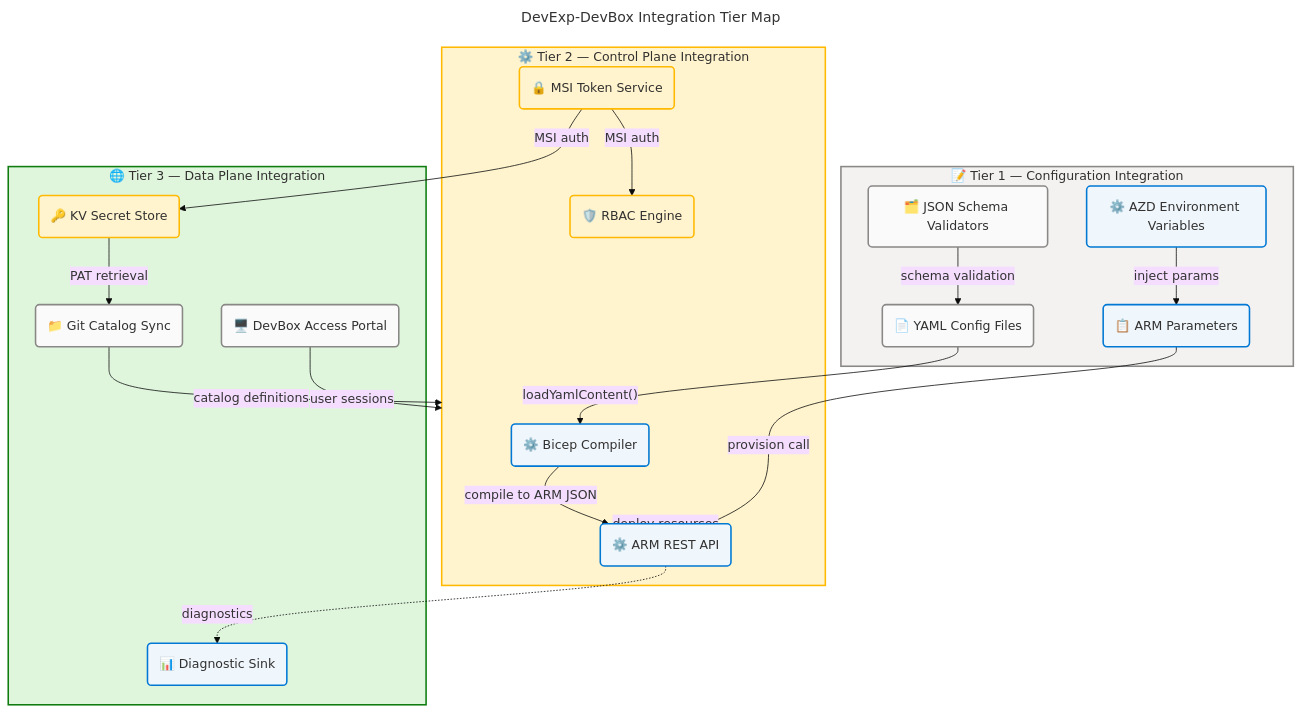
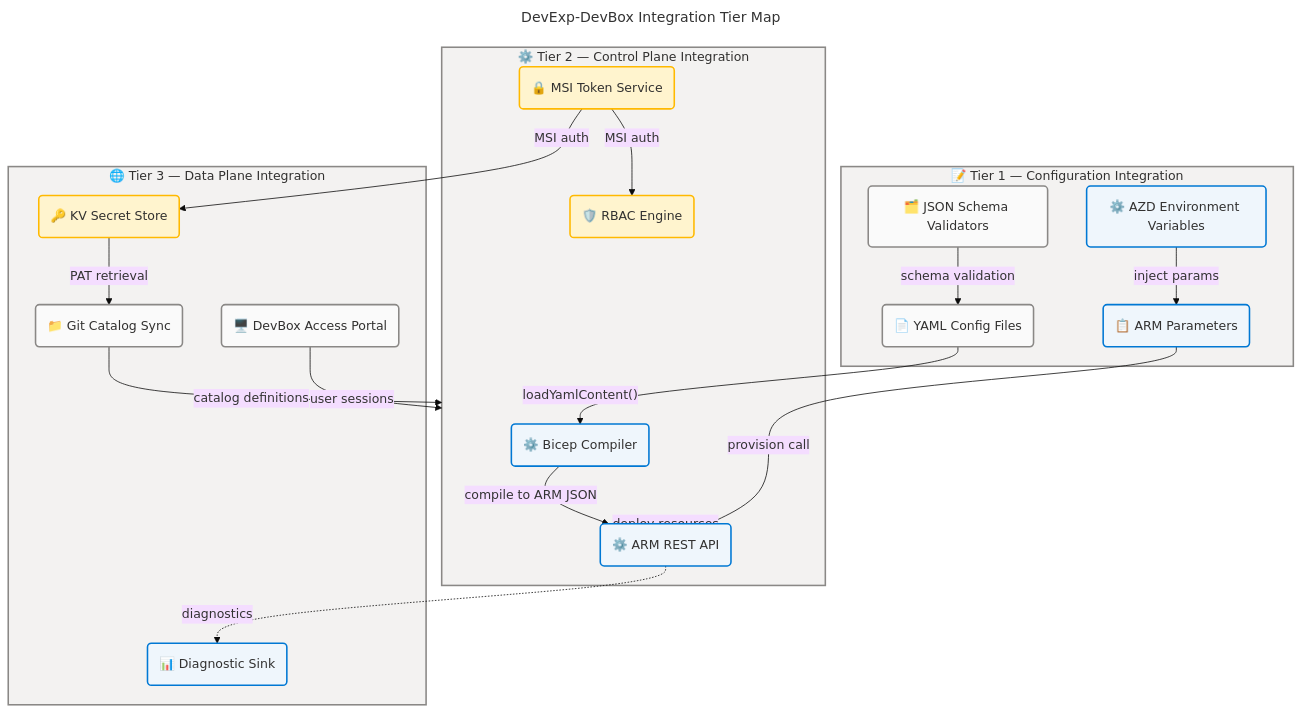
The third of 7 diagrams in docs/architecture/application-architecture.md (Evilazaro/DevExp-DevBox), drawn with Mermaid before and after one commit. The commit also changed other lines of this file, not shown here.

Commit message:
refactor: Update diagram styles for improved visual consistency across application architecture

````diff
--- a/docs/architecture/application-architecture.md
+++ b/docs/architecture/application-architecture.md
@@ -263,69 +263,69 @@
 ```mermaid
 ---
 title: "DevExp-DevBox Integration Tier Map"
 config:
   theme: base
   look: classic
   layout: dagre
   themeVariables:
     fontSize: '16px'
   flowchart:
     htmlLabels: true
 ---
 flowchart TB
     accTitle: DevExp-DevBox Integration Tier Map
     accDescr: Three integration tiers showing configuration, control-plane, and data-plane integration surfaces
 
 %% ═══════════════════════════════════════════════════════════════════════════
 %% AZURE / FLUENT ARCHITECTURE PATTERN v1.1
 %% (Semantic + Structural + Font + Accessibility Governance)
 %% ═══════════════════════════════════════════════════════════════════════════
 %% PHASE 1 - FLUENT UI: All styling uses approved Fluent UI palette only
 %% PHASE 2 - GROUPS: Every subgraph has semantic color via style directive
 %% PHASE 3 - COMPONENTS: Every node has semantic classDef + icon prefix
 %% PHASE 4 - ACCESSIBILITY: accTitle/accDescr present, WCAG AA contrast
 %% PHASE 5 - STANDARD: Governance block present, classDefs centralized
 %% ═══════════════════════════════════════════════════════════════════════════
 
     subgraph CfgTier["📝 Tier 1 — Configuration Integration"]
         YAMLConf("📄 YAML Config Files"):::neutral
         JSONSchema("🗂️ JSON Schema Validators"):::neutral
         AZDenv("⚙️ AZD Environment Variables"):::core
         ARMparams("📋 ARM Parameters"):::core
     end
 
     subgraph CtrlTier["⚙️ Tier 2 — Control Plane Integration"]
         ARMapi("⚙️ ARM REST API"):::core
         BicepComp("⚙️ Bicep Compiler"):::core
         MSItoken("🔒 MSI Token Service"):::warning
         RBACeng("🛡️ RBAC Engine"):::warning
     end
 
     subgraph DataTier["🌐 Tier 3 — Data Plane Integration"]
         GitSync("📁 Git Catalog Sync"):::neutral
         DiagSink("📊 Diagnostic Sink"):::core
         DevBoxAccess("🖥️ DevBox Access Portal"):::neutral
         KVsecrets("🔑 KV Secret Store"):::warning
     end
 
     YAMLConf -->|"loadYamlContent()"| BicepComp
     JSONSchema -->|"schema validation"| YAMLConf
     AZDenv -->|"inject params"| ARMparams
     ARMparams -->|"provision call"| ARMapi
     BicepComp -->|"compile to ARM JSON"| ARMapi
     ARMapi -->|"deploy resources"| CtrlTier
     MSItoken -->|"MSI auth"| KVsecrets
     MSItoken -->|"MSI auth"| RBACeng
     KVsecrets -->|"PAT retrieval"| GitSync
     ARMapi -.->|"diagnostics"| DiagSink
     GitSync -->|"catalog definitions"| CtrlTier
     DevBoxAccess -->|"user sessions"| CtrlTier
 
     style CfgTier fill:#F3F2F1,stroke:#8A8886,stroke-width:2px,color:#323130
-    style CtrlTier fill:#FFF4CE,stroke:#FFB900,stroke-width:2px,color:#323130
-    style DataTier fill:#DFF6DD,stroke:#107C10,stroke-width:2px,color:#323130
+    style CtrlTier fill:#F3F2F1,stroke:#8A8886,stroke-width:2px,color:#323130
+    style DataTier fill:#F3F2F1,stroke:#8A8886,stroke-width:2px,color:#323130
 
     classDef neutral fill:#FAFAFA,stroke:#8A8886,stroke-width:2px,color:#323130
     classDef core fill:#EFF6FC,stroke:#0078D4,stroke-width:2px,color:#323130
     classDef warning fill:#FFF4CE,stroke:#FFB900,stroke-width:2px,color:#323130
 ```
````
